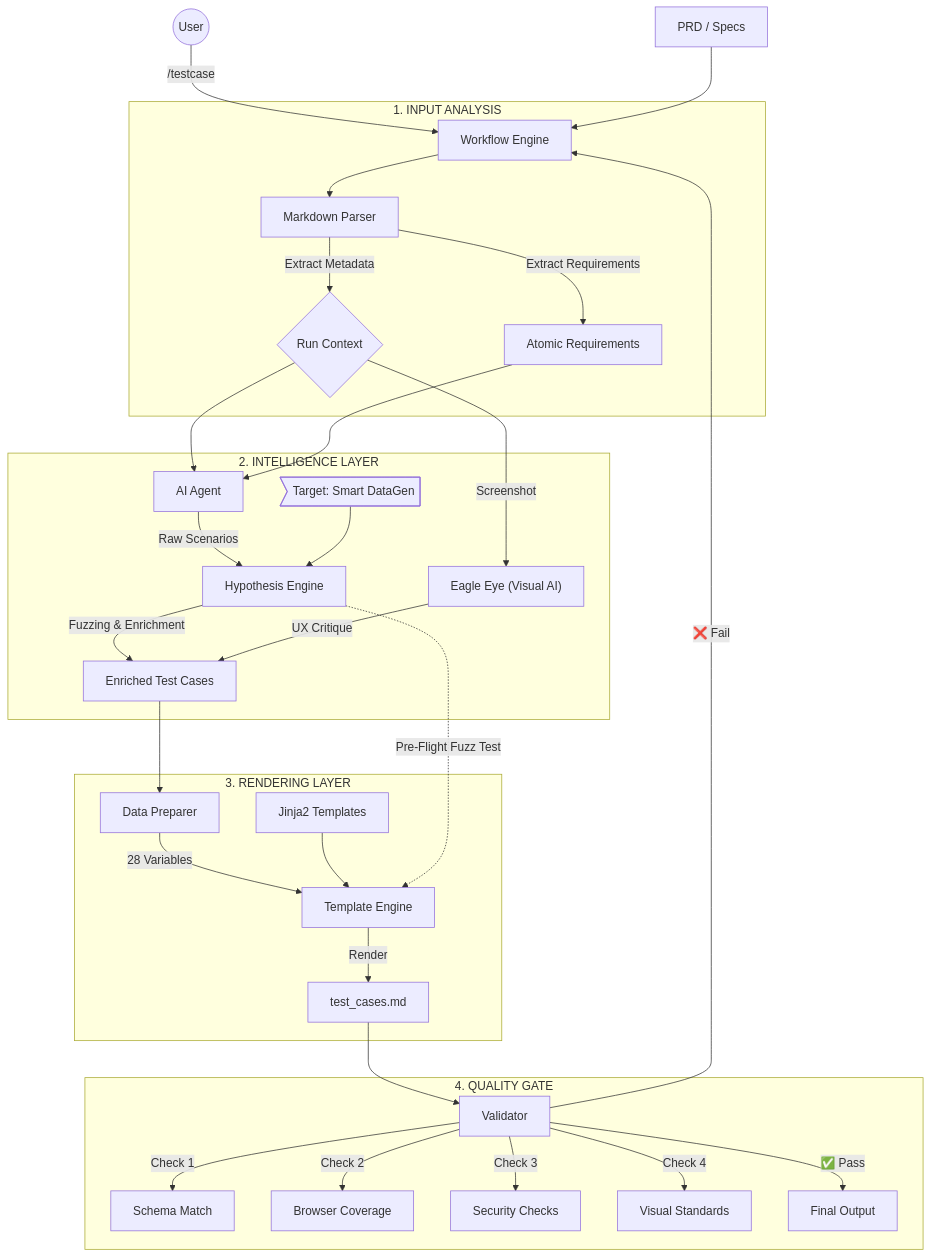
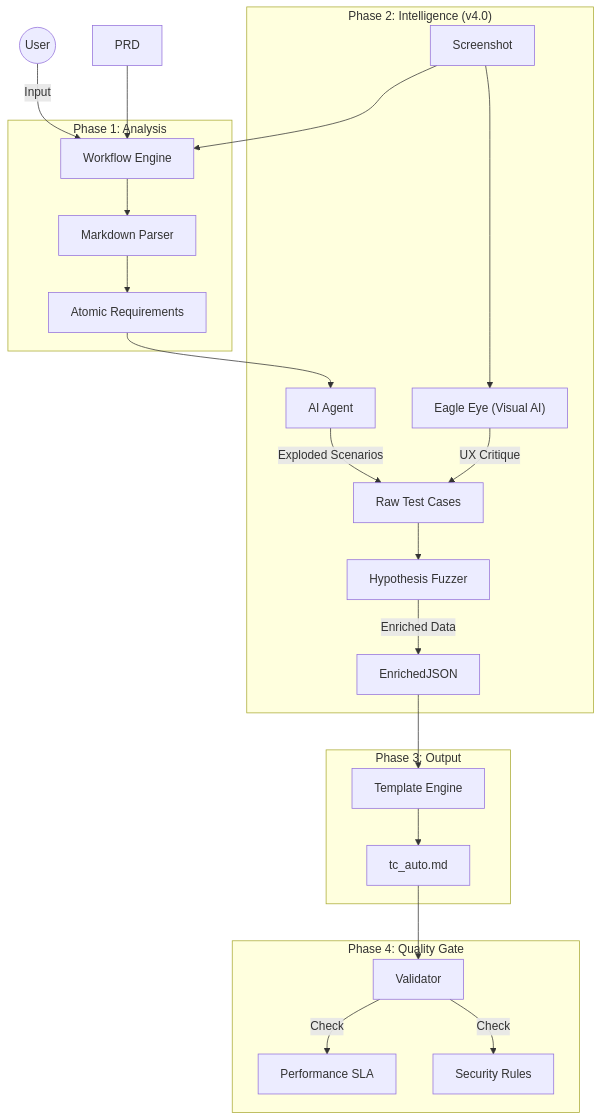
The first of 2 diagrams in docs/workflow_diagram.md (TNMThangHo/workflowtest), drawn with Mermaid before and after one commit. The commit also changed other lines of this file and 12 other files, not shown here.

First line of the commit message:
feat: Smart Schema v5.0 - Hybrid AI + Python Architecture

````diff
--- a/docs/workflow_diagram.md
+++ b/docs/workflow_diagram.md
@@ -7,53 +7,35 @@
 ```mermaid
 graph TD
-    %% User Input
-    User((User)) -->|"/testcase"| Main[Workflow Engine]
-    PRD[PRD / Specs] --> Main
+    User((User)) -->|Input| Main[Workflow Engine]
+    PRD[PRD] --> Main
+    Screen[Screenshot] --> Main
 
-    %% Phase 1: Preparation
-    subgraph "1. INPUT ANALYSIS"
+    subgraph "Phase 1: Analysis"
         Main --> Parser[Markdown Parser]
-        Parser -->|Extract Metadata| Context{Run Context}
-        Parser -->|Extract Requirements| Req[Atomic Requirements]
+        Parser --> Req[Atomic Requirements]
     end
 
-    %% Phase 2: Intelligence
-    subgraph "2. INTELLIGENCE LAYER"
-        Context --> AI[AI Agent]
-        Req --> AI
+    subgraph "Phase 2: Intelligence (v4.0)"
+        Req --> AI[AI Agent]
+        AI -->|Exploded Scenarios| RawJSON[Raw Test Cases]
 
-        AI -->|Raw Scenarios| Hypo[Hypothesis Engine]
+        %% Visual QA
+        Screen --> Visual["Eagle Eye (Visual AI)"]
+        Visual -->|UX Critique| RawJSON
 
-        note1>Target: Smart DataGen] --> Hypo
-        Hypo -->|Fuzzing & Enrichment| EnrichedJson[Enriched Test Cases]
-
-        %% New Visual Capability
-        Context -->|Screenshot| VisualAI["Eagle Eye (Visual AI)"]
-        VisualAI -->|UX Critique| EnrichedJson
+        %% Hypothesis Fuzzing
+        RawJSON --> Hypo[Hypothesis Fuzzer]
+        Hypo -->|Enriched Data| EnrichedJSON
     end
 
-    %% Phase 3: Rendering
-    subgraph "3. RENDERING LAYER"
-        EnrichedJson --> Exporter[Data Preparer]
-        Exporter -->|28 Variables| TmplEng[Template Engine]
-
-        Tmpl[Jinja2 Templates] --> TmplEng
-        TmplEng -->|Render| Markdown[test_cases.md]
+    subgraph "Phase 3: Output"
+        EnrichedJSON --> Template[Template Engine]
+        Template --> Markdown[tc_auto.md]
     end
 
-    %% Phase 4: Quality Assurance
-    subgraph "4. QUALITY GATE"
-        Markdown --> Validator[Validator]
-
-        Validator -->|Check 1| Schema[Schema Match]
-        Validator -->|Check 2| Browser[Browser Coverage]
-        Validator -->|Check 3| Security[Security Checks]
-        Validator -->|Check 4| Visual[Visual Standards]
-
-        Validator -- "❌ Fail" --> Main
-        Validator -- "✅ Pass" --> Final[Final Output]
+    subgraph "Phase 4: Quality Gate"
+        Markdown --> Val[Validator]
+        Val -->|Check| SLA[Performance SLA]
+        Val -->|Check| Sec[Security Rules]
     end
-
-    %% Self-Healing Loop
-    Hypo -.->|Pre-Flight Fuzz Test| TmplEng
 ```
````
